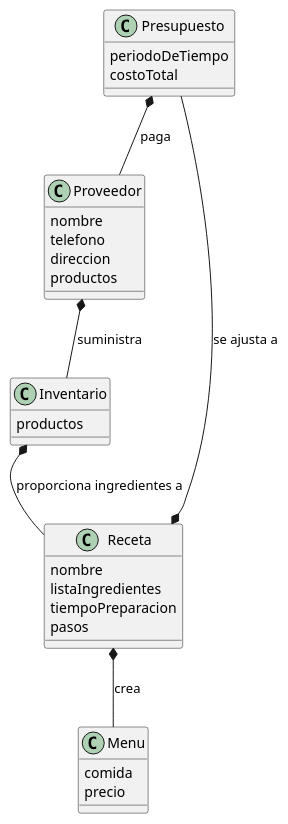
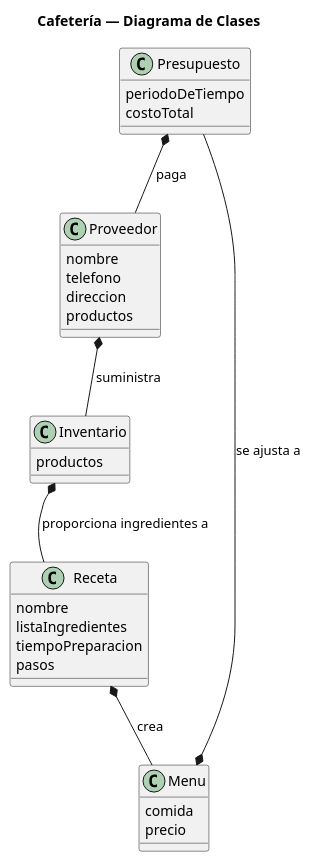
The diagram in entregas/orozcoBeatriz/modelosUML/DiagramaClases.puml (beatriizorozco/25-26-IDSW1), drawn with PlantUML before and after one commit. The commit also changed 9 other files, not shown here.

```diff
--- a/entregas/orozcoBeatriz/modelosUML/DiagramaClases.puml
+++ b/entregas/orozcoBeatriz/modelosUML/DiagramaClases.puml
@@ -1,36 +1,37 @@
-@startuml name DiagramaClases
+@startuml DiagramaClases
+title Cafetería — Diagrama de Clases
 
 class Presupuesto {
     periodoDeTiempo
     costoTotal
 }
 
 class Proveedor {
     nombre
     telefono
     direccion
     productos
 }
 
 class Inventario {
     productos
 }
 
 class Receta {
     nombre
     listaIngredientes
     tiempoPreparacion
     pasos
 }
 
 class Menu {
     comida
     precio
 }
 
 Presupuesto *-- Proveedor : paga
 Proveedor *-- Inventario : suministra
 Inventario *--  Receta : proporciona ingredientes a
 Receta *--  Menu : crea
-Receta *-- Presupuesto : se ajusta a
+Menu *-- Presupuesto : se ajusta a
 @enduml
```
